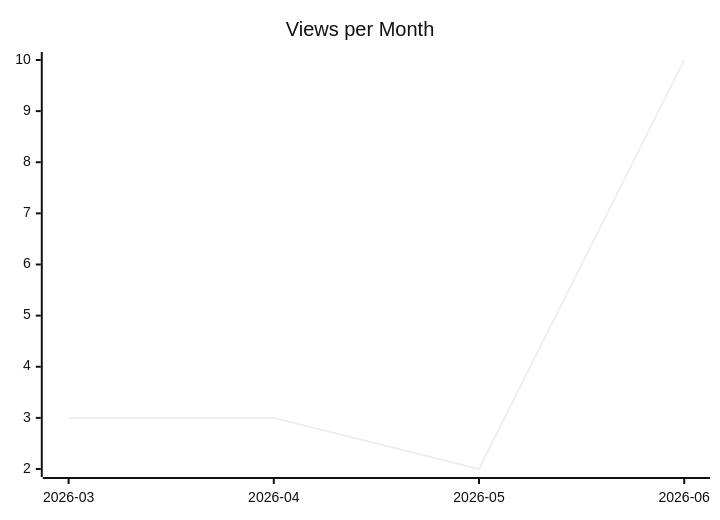
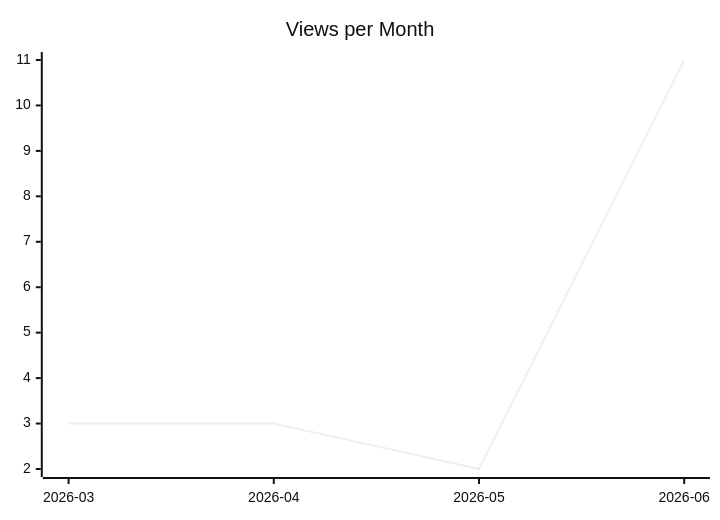
The second of 3 diagrams in karlmdavis/rps-tourney/README.md (justdavis-family/github-analytics-data), drawn with Mermaid (neutral theme) before and after one commit. The commit also changed other lines of this file and 196 other files, not shown here.

````diff
--- a/karlmdavis/rps-tourney/README.md
+++ b/karlmdavis/rps-tourney/README.md
@@ -12,6 +12,6 @@
 ```mermaid
 xychart-beta
   title "Views per Month"
   x-axis ["2026-03", "2026-04", "2026-05", "2026-06"]
-  line [3, 3, 2, 10]
+  line [3, 3, 2, 11]
 ```
````
